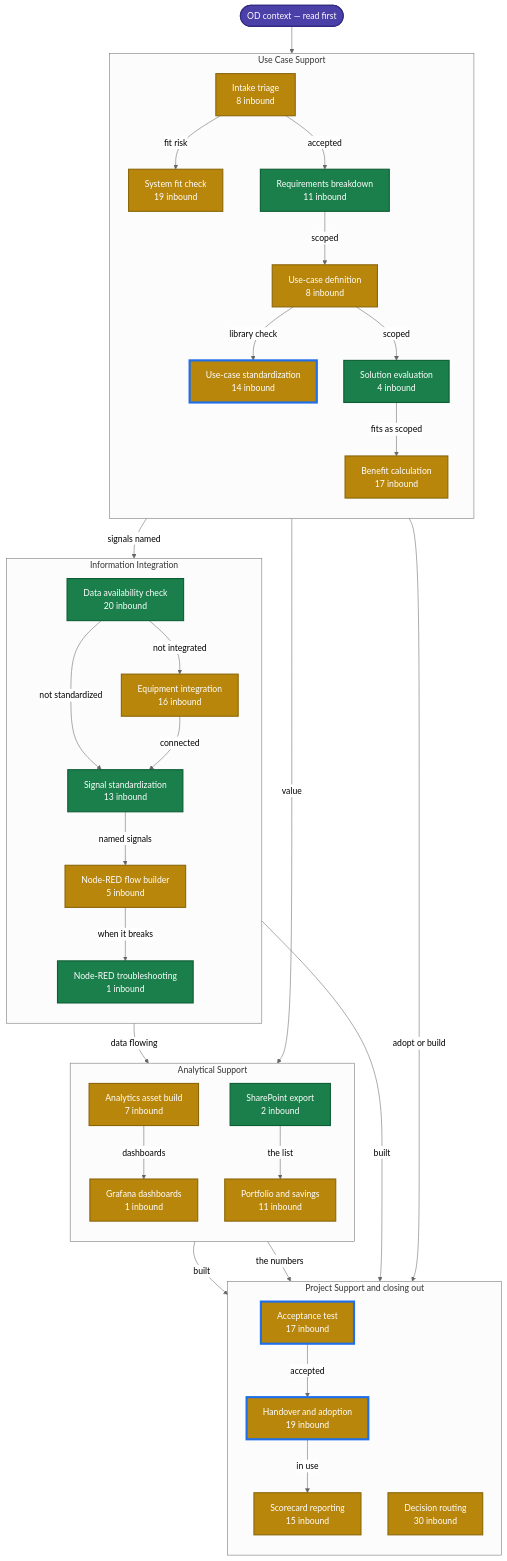
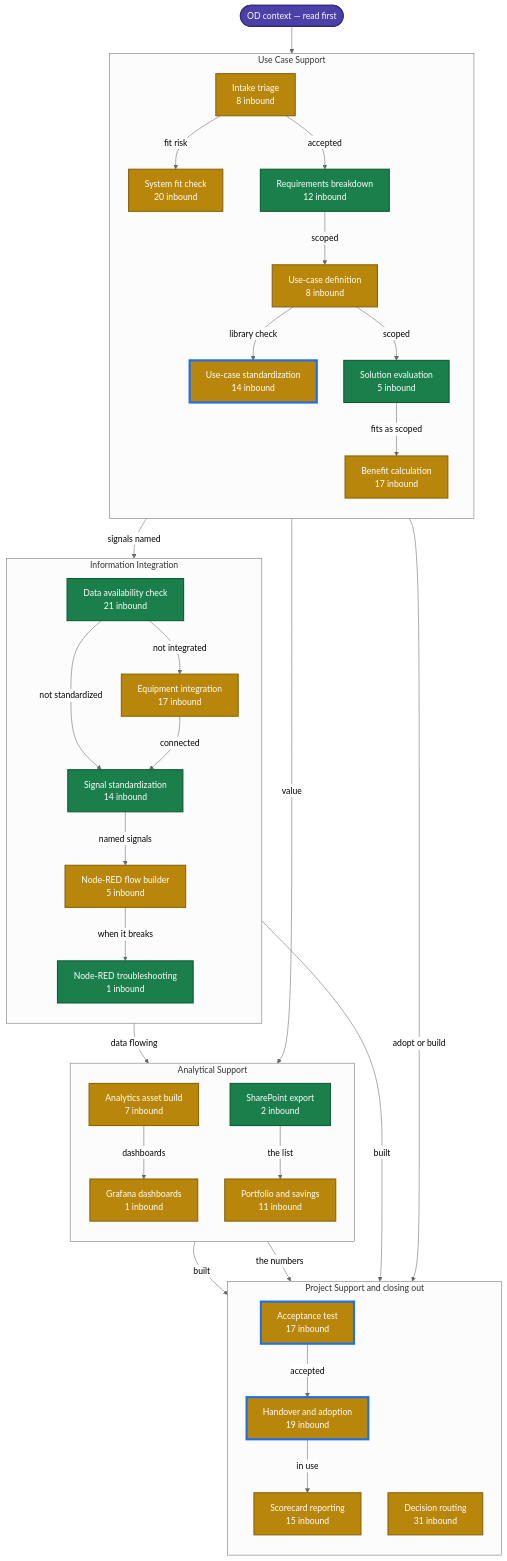
One commit to ops-digit-io/operations-digitalization-skill-registry changed the diagram in docs/skill-state-map.md. Above: the diagram before and after it, drawn with Mermaid (neutral theme). The commit also changed other lines of this file and 100 other files, not shown here.

````diff
--- a/docs/skill-state-map.md
+++ b/docs/skill-state-map.md
@@ -20,69 +20,69 @@
 ```mermaid
 flowchart TD
     ctx(["OD context — read first"])
     subgraph UC["Use Case Support"]
     direction TB
         od_use_case_intake_triage["Intake triage<br/>8 inbound"]
-        od_system_fit_check["System fit check<br/>19 inbound"]
-        od_requirements_breakdown["Requirements breakdown<br/>11 inbound"]
+        od_system_fit_check["System fit check<br/>20 inbound"]
+        od_requirements_breakdown["Requirements breakdown<br/>12 inbound"]
         od_use_case_definition["Use-case definition<br/>8 inbound"]
-        od_use_case_solution_evaluation["Solution evaluation<br/>4 inbound"]
+        od_use_case_solution_evaluation["Solution evaluation<br/>5 inbound"]
         od_use_case_standardization["Use-case standardization<br/>14 inbound"]
         od_benefit_calculation["Benefit calculation<br/>17 inbound"]
     end
     subgraph II["Information Integration"]
     direction TB
-        od_data_availability_check["Data availability check<br/>20 inbound"]
-        od_equipment_integration["Equipment integration<br/>16 inbound"]
-        od_signal_standardization["Signal standardization<br/>13 inbound"]
+        od_data_availability_check["Data availability check<br/>21 inbound"]
+        od_equipment_integration["Equipment integration<br/>17 inbound"]
+        od_signal_standardization["Signal standardization<br/>14 inbound"]
         od_node_red_flow_builder["Node-RED flow builder<br/>5 inbound"]
         od_node_red_flow_troubleshooting["Node-RED troubleshooting<br/>1 inbound"]
     end
     subgraph AS["Analytical Support"]
     direction TB
         od_analytics_asset_build["Analytics asset build<br/>7 inbound"]
         build_grafana_ops_dashboard["Grafana dashboards<br/>1 inbound"]
         od_portfolio_and_savings_analysis["Portfolio and savings<br/>11 inbound"]
         od_sharepoint_list_export["SharePoint export<br/>2 inbound"]
     end
     subgraph PS["Project Support and closing out"]
     direction TB
         od_acceptance_test["Acceptance test<br/>17 inbound"]
         od_handover_and_adoption["Handover and adoption<br/>19 inbound"]
         od_scorecard_reporting["Scorecard reporting<br/>15 inbound"]
-        od_decision_routing["Decision routing<br/>30 inbound"]
+        od_decision_routing["Decision routing<br/>31 inbound"]
     end
     od_use_case_intake_triage -->|fit risk| od_system_fit_check
     od_use_case_intake_triage -->|accepted| od_requirements_breakdown
     od_requirements_breakdown -->|scoped| od_use_case_definition
     od_requirements_breakdown -->|signals named| od_data_availability_check
     od_use_case_definition -->|library check| od_use_case_standardization
     od_use_case_definition -->|scoped| od_use_case_solution_evaluation
     od_use_case_solution_evaluation -->|fits as scoped| od_benefit_calculation
     od_data_availability_check -->|not integrated| od_equipment_integration
     od_data_availability_check -->|not standardized| od_signal_standardization
     od_equipment_integration -->|connected| od_signal_standardization
     od_signal_standardization -->|named signals| od_node_red_flow_builder
     od_node_red_flow_builder -->|when it breaks| od_node_red_flow_troubleshooting
     od_node_red_flow_builder -->|data flowing| od_analytics_asset_build
     od_analytics_asset_build -->|dashboards| build_grafana_ops_dashboard
     od_analytics_asset_build -->|built| od_acceptance_test
     od_node_red_flow_builder -->|built| od_acceptance_test
     od_acceptance_test -->|accepted| od_handover_and_adoption
     od_handover_and_adoption -->|in use| od_scorecard_reporting
     od_benefit_calculation -->|value| od_portfolio_and_savings_analysis
     od_sharepoint_list_export -->|the list| od_portfolio_and_savings_analysis
     od_portfolio_and_savings_analysis -->|the numbers| od_scorecard_reporting
     od_use_case_standardization -->|adopt or build| od_decision_routing
     ctx --> od_use_case_intake_triage
 
     classDef deep fill:#1a7f4b,stroke:#0d5c34,color:#ffffff,stroke-width:2px;
     classDef documented fill:#b8860b,stroke:#8a6508,color:#ffffff,stroke-width:2px;
     classDef stub fill:#e8e8e8,stroke:#9a9a9a,color:#333333,stroke-dasharray:4 3;
     classDef nxt stroke:#1f6feb,stroke-width:4px;
     classDef ctx fill:#4b3fa8,stroke:#332a80,color:#ffffff,stroke-width:2px;
     class od_requirements_breakdown,od_use_case_solution_evaluation,od_data_availability_check,od_sharepoint_list_export,od_signal_standardization,od_node_red_flow_troubleshooting deep;
     class od_use_case_intake_triage,od_system_fit_check,od_use_case_definition,od_benefit_calculation,od_use_case_standardization,od_equipment_integration,od_acceptance_test,od_handover_and_adoption,od_analytics_asset_build,od_scorecard_reporting,od_portfolio_and_savings_analysis,od_decision_routing,build_grafana_ops_dashboard,od_node_red_flow_builder documented;
     class od_acceptance_test,od_use_case_standardization,od_handover_and_adoption nxt;
     class ctx ctx;
 ```
````
